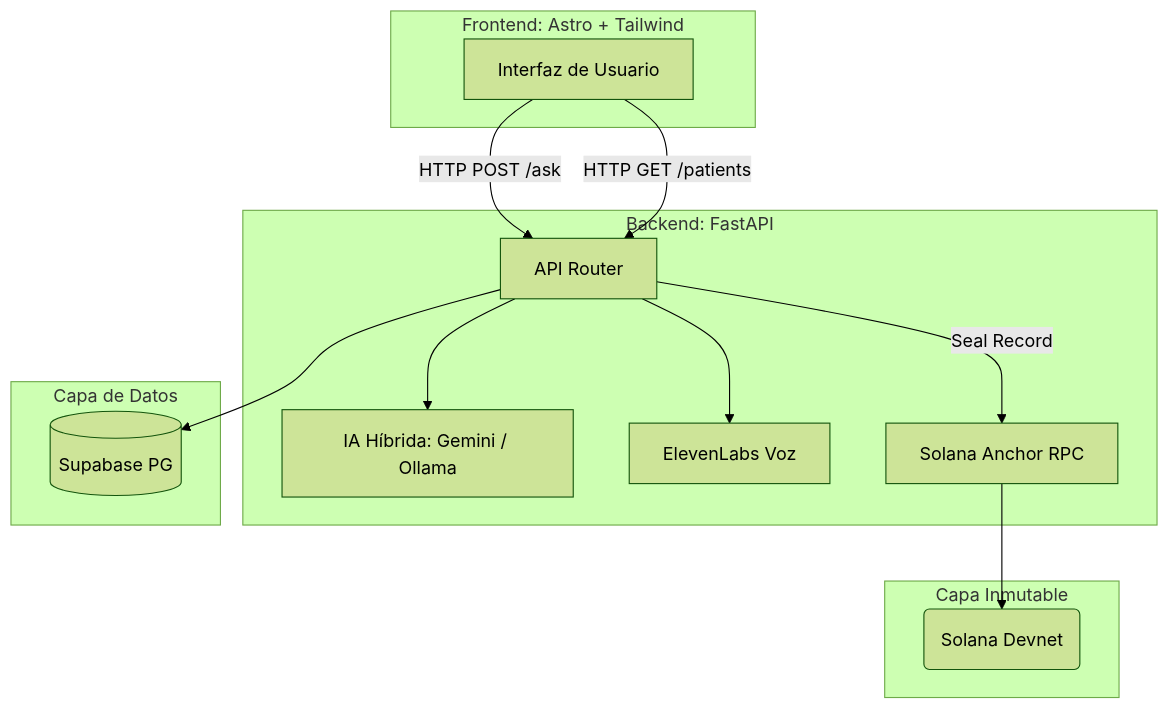
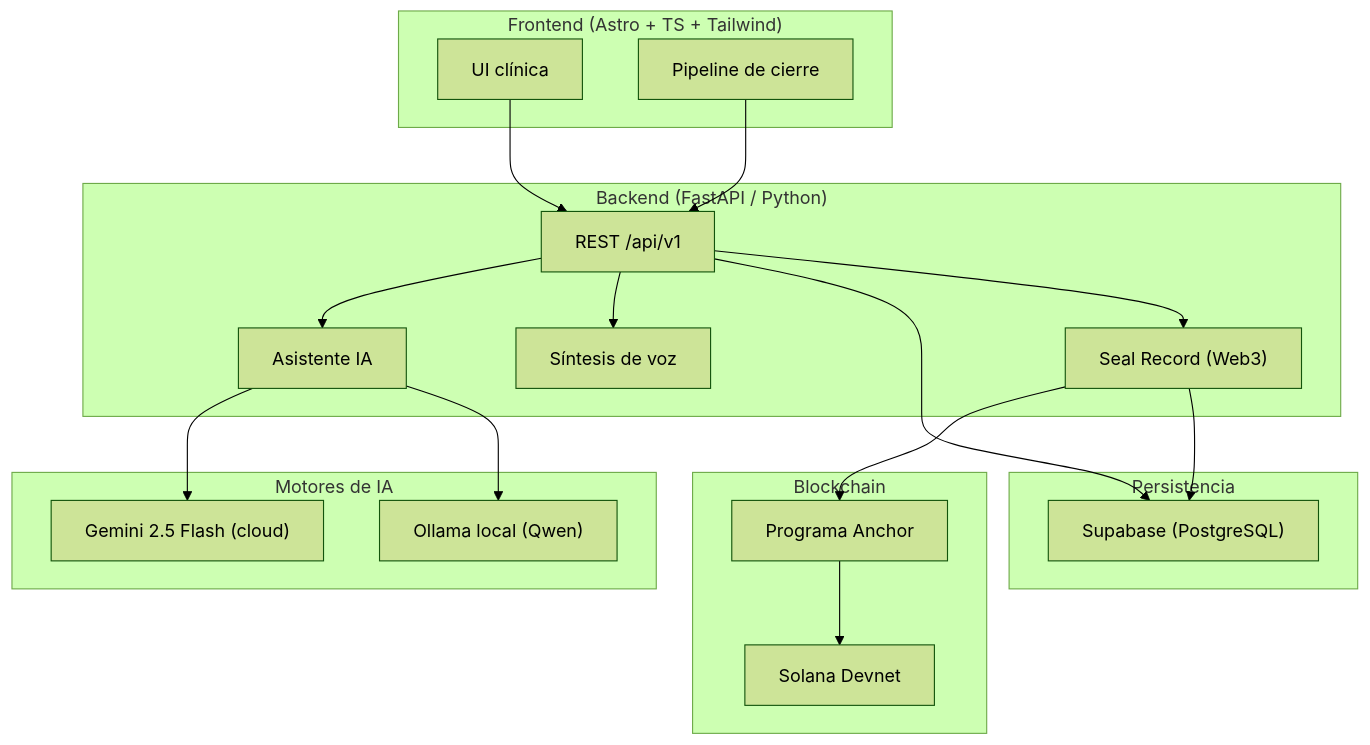
Before and after one commit to CarlosWilliamsR/OpenS-Project: the first of 2 diagrams in README.md, drawn with Mermaid (forest theme). The commit also changed other lines of this file and 3 other files, not shown here.

````diff
--- a/README.md
+++ b/README.md
@@ -40,29 +47,40 @@
 ```mermaid
 graph TD
-    subgraph Frontend [Frontend: Astro + Tailwind]
-        UI[Interfaz de Usuario]
+    subgraph Client["Frontend (Astro + TS + Tailwind)"]
+        UI["UI clínica"]
+        Pipeline["Pipeline de cierre"]
     end
 
-    subgraph Backend [Backend: FastAPI]
-        API[API Router]
-        AI_Fallback[IA Híbrida: Gemini / Ollama]
-        TTS[ElevenLabs Voz]
-        BC[Solana Anchor RPC]
+    subgraph API["Backend (FastAPI / Python)"]
+        Router["REST /api/v1"]
+        AI["Asistente IA"]
+        TTS["Síntesis de voz"]
+        Seal["Seal Record (Web3)"]
     end
 
-    subgraph Database [Capa de Datos]
-        Supa[(Supabase PG)]
+    subgraph Data["Persistencia"]
+        Supa["Supabase (PostgreSQL)"]
     end
 
-    subgraph Blockchain [Capa Inmutable]
-        Sol(Solana Devnet)
+    subgraph Models["Motores de IA"]
+        Gemini["Gemini 2.5 Flash (cloud)"]
+        Ollama["Ollama local (Qwen)"]
     end
 
-    UI -->|HTTP POST /ask| API
-    UI -->|HTTP GET /patients| API
-    API --> AI_Fallback
-    API --> TTS
-    API --> Supa
-    API -->|Seal Record| BC
-    BC --> Sol
+    subgraph Chain["Blockchain"]
+        Anchor["Programa Anchor"]
+        Sol["Solana Devnet"]
+    end
+
+    UI --> Router
+    Pipeline --> Router
+    Router --> AI
+    AI --> Gemini
+    AI --> Ollama
+    Router --> TTS
+    Router --> Supa
+    Router --> Seal
+    Seal --> Anchor
+    Anchor --> Sol
+    Seal --> Supa
 ```
````
